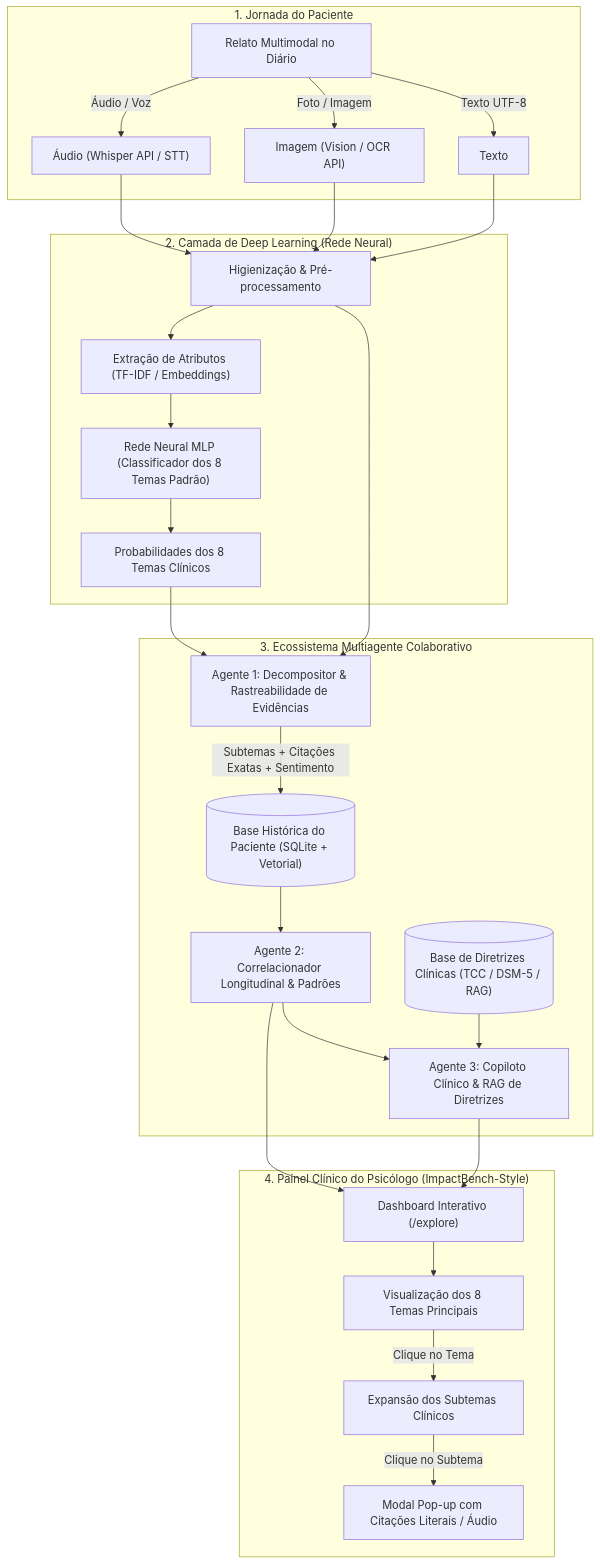
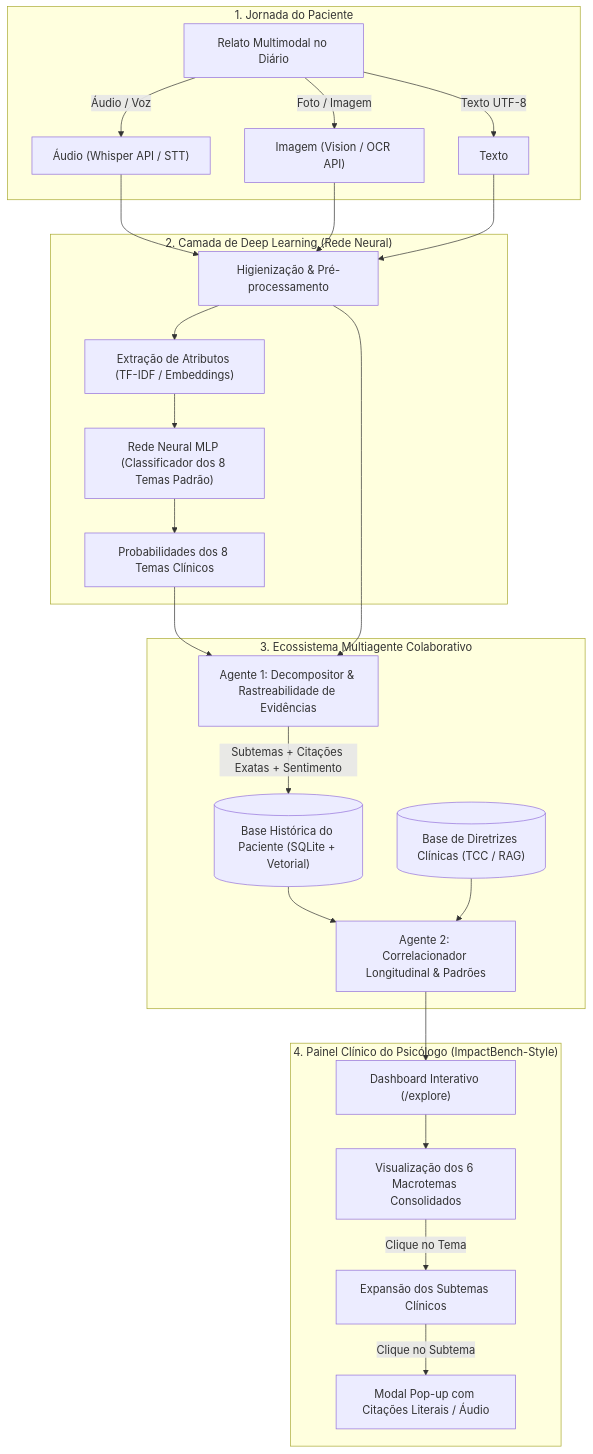
The diagram in docs/project-knowledge.md (007-Licensa-Para-Executar/challenge-2-base), drawn with Mermaid before and after one commit. The commit also changed other lines of this file and 7 other files, not shown here.

````diff
--- a/docs/project-knowledge.md
+++ b/docs/project-knowledge.md
@@ -34,39 +34,37 @@
 ```mermaid
 flowchart TD
     subgraph Paciente ["1. Jornada do Paciente"]
         P1["Relato Multimodal no Diário"]
         P1 -->|Texto UTF-8| IN_TEXT["Texto"]
         P1 -->|Áudio / Voz| IN_AUDIO["Áudio (Whisper API / STT)"]
         P1 -->|Foto / Imagem| IN_IMG["Imagem (Vision / OCR API)"]
     end
 
     IN_AUDIO --> SAN["Higienização & Pré-processamento"]
     IN_IMG --> SAN
     IN_TEXT --> SAN
 
     subgraph DeepLearning ["2. Camada de Deep Learning (Rede Neural)"]
         SAN --> NN_FEAT["Extração de Atributos (TF-IDF / Embeddings)"]
         NN_FEAT --> NN_MODEL["Rede Neural MLP (Classificador dos 8 Temas Padrão)"]
         NN_MODEL --> NN_OUT["Probabilidades dos 8 Temas Clínicos"]
     end
 
     subgraph MultiAgent ["3. Ecossistema Multiagente Colaborativo"]
         NN_OUT --> AG1["Agente 1: Decompositor & Rastreabilidade de Evidências"]
         SAN --> AG1
         
         AG1 -->|Subtemas + Citações Exatas + Sentimento| DB_PACIENTE[("Base Histórica do Paciente (SQLite + Vetorial)")]
         
         DB_PACIENTE --> AG2["Agente 2: Correlacionador Longitudinal & Padrões"]
         
-        AG2 --> AG3["Agente 3: Copiloto Clínico & RAG de Diretrizes"]
-        RAG_KB[("Base de Diretrizes Clínicas (TCC / DSM-5 / RAG)")] --> AG3
+        RAG_KB[("Base de Diretrizes Clínicas (TCC / RAG)")] --> AG2
     end
 
     subgraph Psicologo ["4. Painel Clínico do Psicólogo (ImpactBench-Style)"]
         AG2 --> DASH["Dashboard Interativo (/explore)"]
-        AG3 --> DASH
-        DASH --> V1["Visualização dos 8 Temas Principais"]
+        DASH --> V1["Visualização dos 6 Macrotemas Consolidados"]
         V1 -->|Clique no Tema| V2["Expansão dos Subtemas Clínicos"]
         V2 -->|Clique no Subtema| MODAL["Modal Pop-up com Citações Literais / Áudio"]
     end
 ```
````
